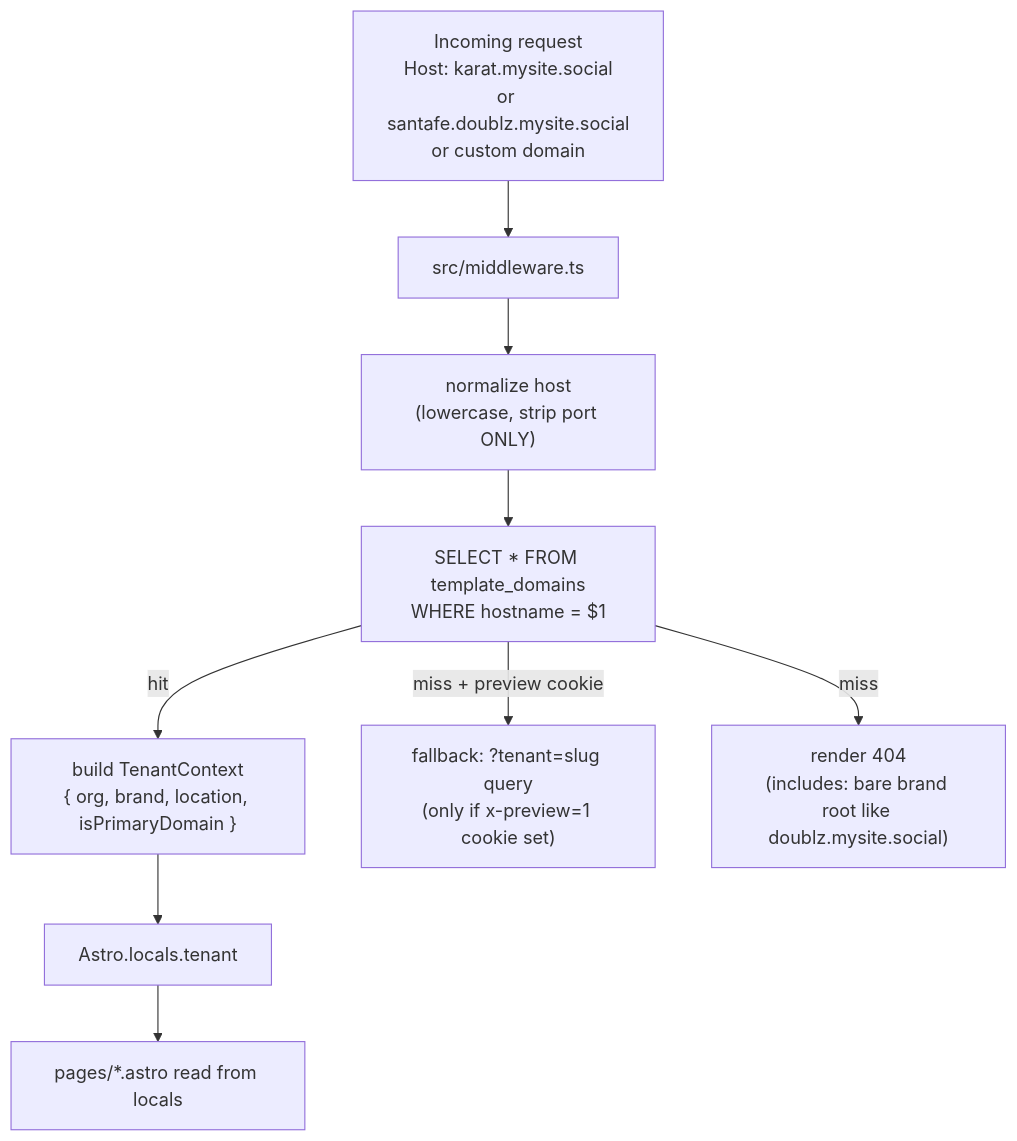
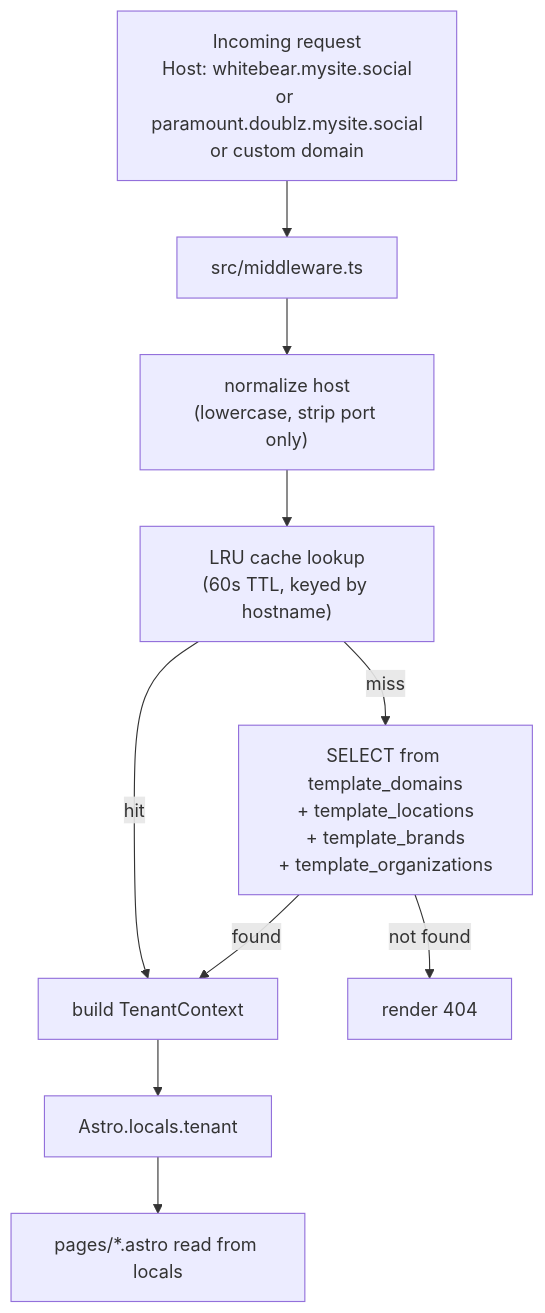
One commit to mysite-ai/website-template changed the second of 2 diagrams in .cursor/plans/mysite_restaurant_template_823aea5f.plan.md. Above: the diagram before and after it, drawn with Mermaid. The commit also changed other lines of this file and 59 other files, not shown here.

````diff
--- a/.cursor/plans/mysite_restaurant_template_823aea5f.plan.md
+++ b/.cursor/plans/mysite_restaurant_template_823aea5f.plan.md
@@ -162,11 +187,12 @@
 ```mermaid
 flowchart TD
-  Req["Incoming request<br/>Host: karat.mysite.social<br/>or santafe.doublz.mysite.social<br/>or custom domain"] --> MW["src/middleware.ts"]
-  MW --> Norm["normalize host<br/>(lowercase, strip port ONLY)"]
-  Norm --> Look["SELECT * FROM template_domains<br/>WHERE hostname = $1"]
-  Look -->|hit| Ctx["build TenantContext<br/>{ org, brand, location, isPrimaryDomain }"]
-  Look -->|miss + preview cookie| Query["fallback: ?tenant=slug query<br/>(only if x-preview=1 cookie set)"]
-  Look -->|miss| NF["render 404<br/>(includes: bare brand root like doublz.mysite.social)"]
+  Req["Incoming request<br/>Host: whitebear.mysite.social<br/>or paramount.doublz.mysite.social<br/>or custom domain"] --> MW["src/middleware.ts"]
+  MW --> Norm["normalize host<br/>(lowercase, strip port only)"]
+  Norm --> LRU["LRU cache lookup<br/>(60s TTL, keyed by hostname)"]
+  LRU -->|hit| Ctx["build TenantContext"]
+  LRU -->|miss| Look["SELECT from template_domains<br/>+ template_locations<br/>+ template_brands<br/>+ template_organizations"]
+  Look -->|found| Ctx
+  Look -->|not found| NF["render 404"]
   Ctx --> Astro["Astro.locals.tenant"]
   Astro --> Page["pages/*.astro read from locals"]
 ```
````
